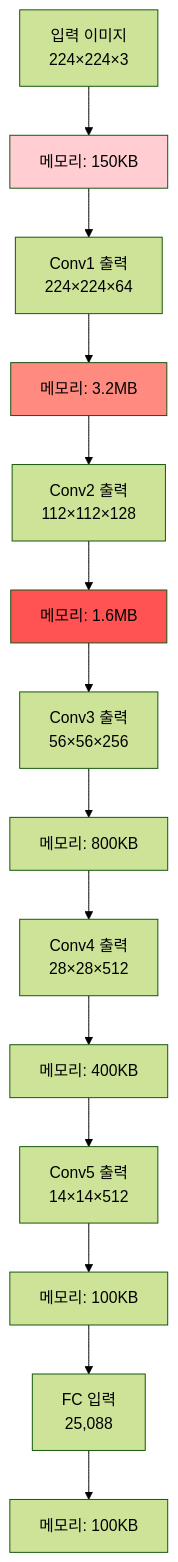
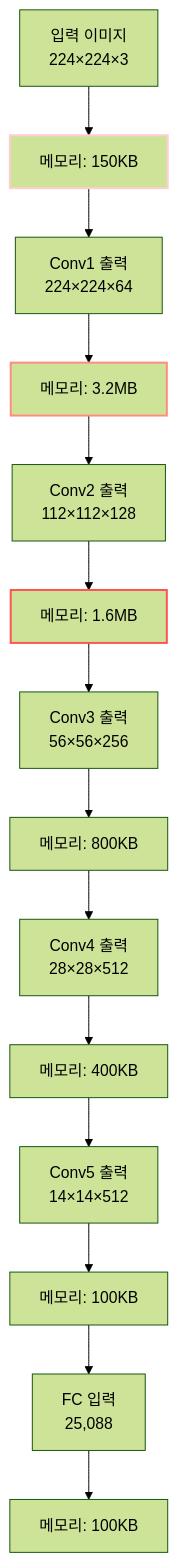
One commit to c0z0c/sprint_mission changed the ninth of 10 diagrams in 스터디/VGGNet_02.md. Above: the diagram before and after it, drawn with Mermaid (forest theme). The commit also changed other lines of this file and 14 other files, not shown here.

````diff
--- a/스터디/VGGNet_02.md
+++ b/스터디/VGGNet_02.md
@@ -395,14 +395,14 @@
 ```mermaid
 graph TD
     A["입력 이미지<br/>224×224×3"] --> B["메모리: 150KB"]
     B --> C["Conv1 출력<br/>224×224×64"] --> D["메모리: 3.2MB"]
     D --> E["Conv2 출력<br/>112×112×128"] --> F["메모리: 1.6MB"]
     F --> G["Conv3 출력<br/>56×56×256"] --> H["메모리: 800KB"]
     H --> I["Conv4 출력<br/>28×28×512"] --> J["메모리: 400KB"]
     J --> K["Conv5 출력<br/>14×14×512"] --> L["메모리: 100KB"]
     L --> M["FC 입력<br/>25,088"] --> N["메모리: 100KB"]
     
-    style B fill:#ffcdd2
-    style D fill:#ff8a80
-    style F fill:#ff5252
+    style B stroke-width:2px,stroke:#ffcdd2
+    style D stroke-width:2px,stroke:#ff8a80
+    style F stroke-width:2px,stroke:#ff5252
 ```
````
